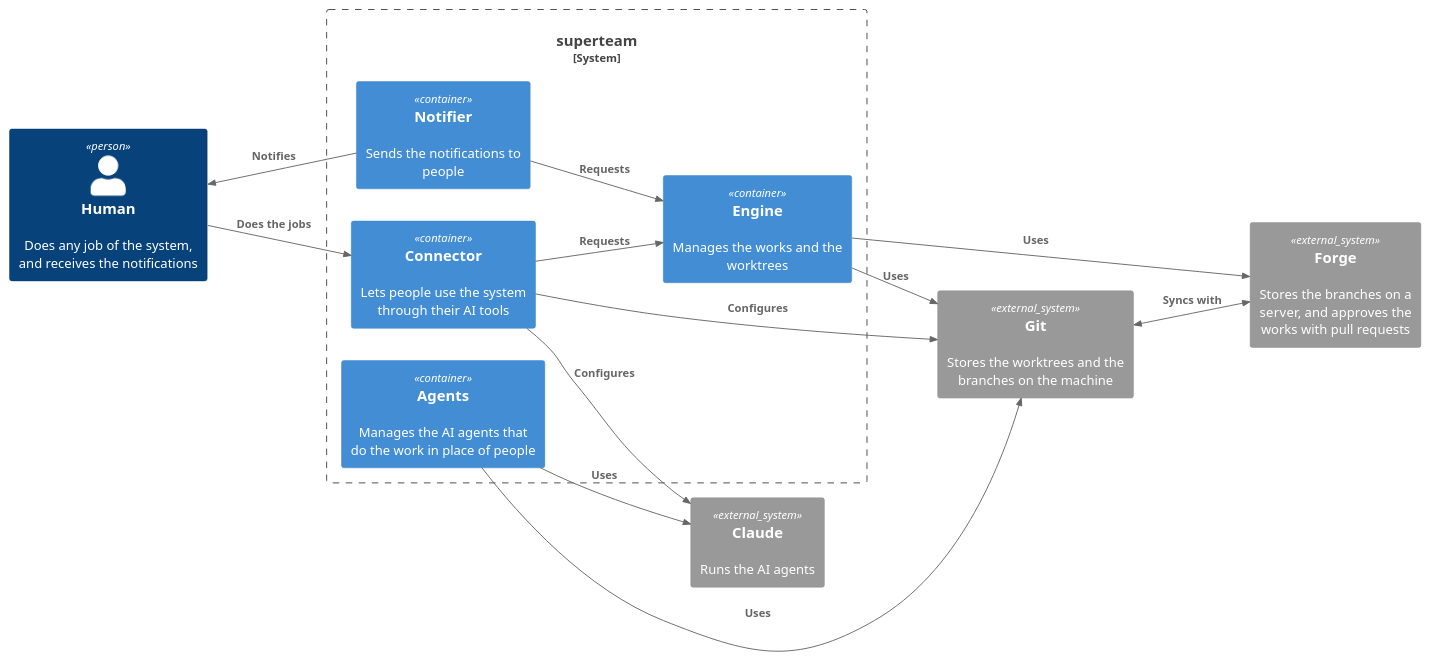
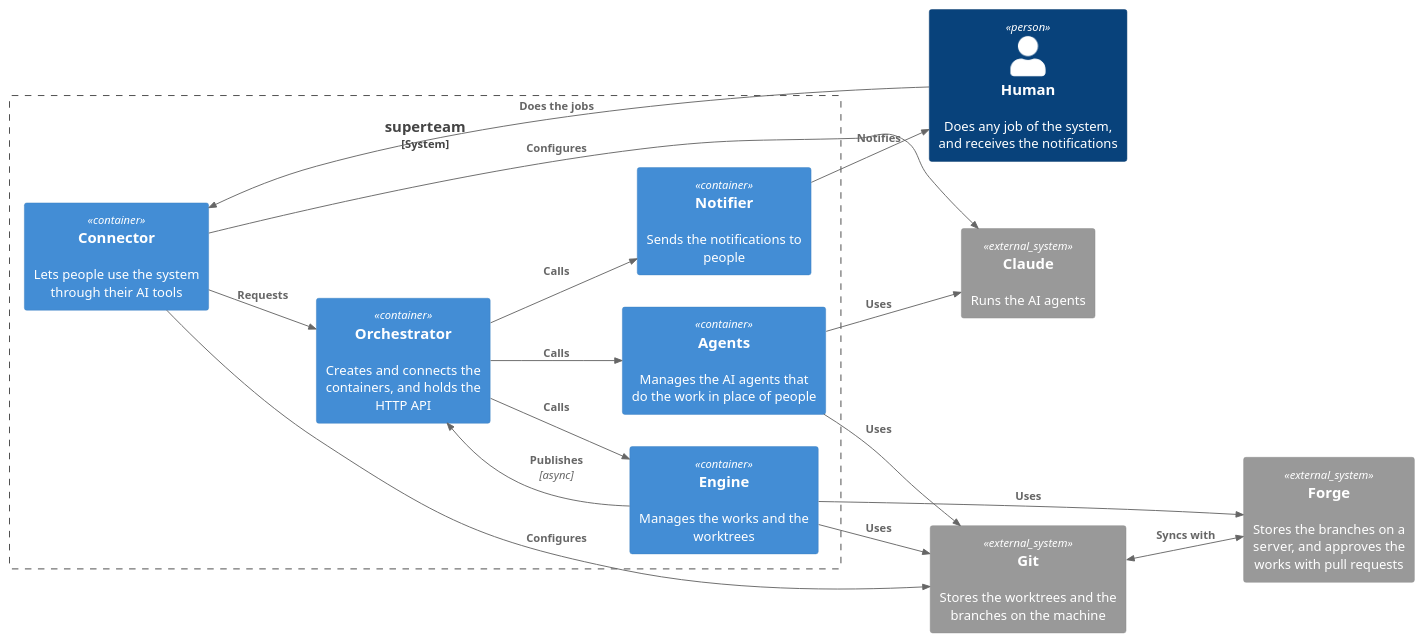
One commit to longlh/superteam changed the diagram in docs/05_building-blocks/building-blocks.md. Above: the diagram before and after it, drawn with PlantUML. The commit also changed other lines of this file and 30 other files, not shown here.

First line of the commit message:
Make the orchestrator the only consumer of the containers

````diff
--- a/docs/05_building-blocks/building-blocks.md
+++ b/docs/05_building-blocks/building-blocks.md
@@ -25,31 +30,35 @@
 ```plantuml
 @startuml
 !include <C4/C4_Container>
 LAYOUT_LEFT_RIGHT()
 
 Person(human, "Human", "Does any job of the system, and receives the notifications")
 
 System_Boundary(superteam, "superteam") {
+  Container(orch, "Orchestrator", "", "Creates and connects the containers, and holds the HTTP API")
   Container(connect, "Connector", "", "Lets people use the system through their AI tools")
   Container(engine, "Engine", "", "Manages the works and the worktrees")
   Container(agents, "Agents", "", "Manages the AI agents that do the work in place of people")
   Container(notifier, "Notifier", "", "Sends the notifications to people")
 }
 
 System_Ext(claude, "Claude", "Runs the AI agents")
 System_Ext(git, "Git", "Stores the worktrees and the branches on the machine")
 System_Ext(forge, "Forge", "Stores the branches on a server, and approves the works with pull requests")
 
 Rel(human, connect, "Does the jobs")
-Rel(connect, engine, "Requests")
+Rel(connect, orch, "Requests")
+Rel(orch, engine, "Calls")
+Rel(engine, orch, "Publishes", "async")
+Rel(orch, agents, "Calls")
+Rel(orch, notifier, "Calls")
 Rel(connect, claude, "Configures")
 Rel(connect, git, "Configures")
-Rel(notifier, engine, "Requests")
 Rel(agents, git, "Uses")
 BiRel(git, forge, "Syncs with")
 Rel(notifier, human, "Notifies")
 Rel(agents, claude, "Uses")
 Rel(engine, forge, "Uses")
 Rel(engine, git, "Uses")
 @enduml
 ```
````
